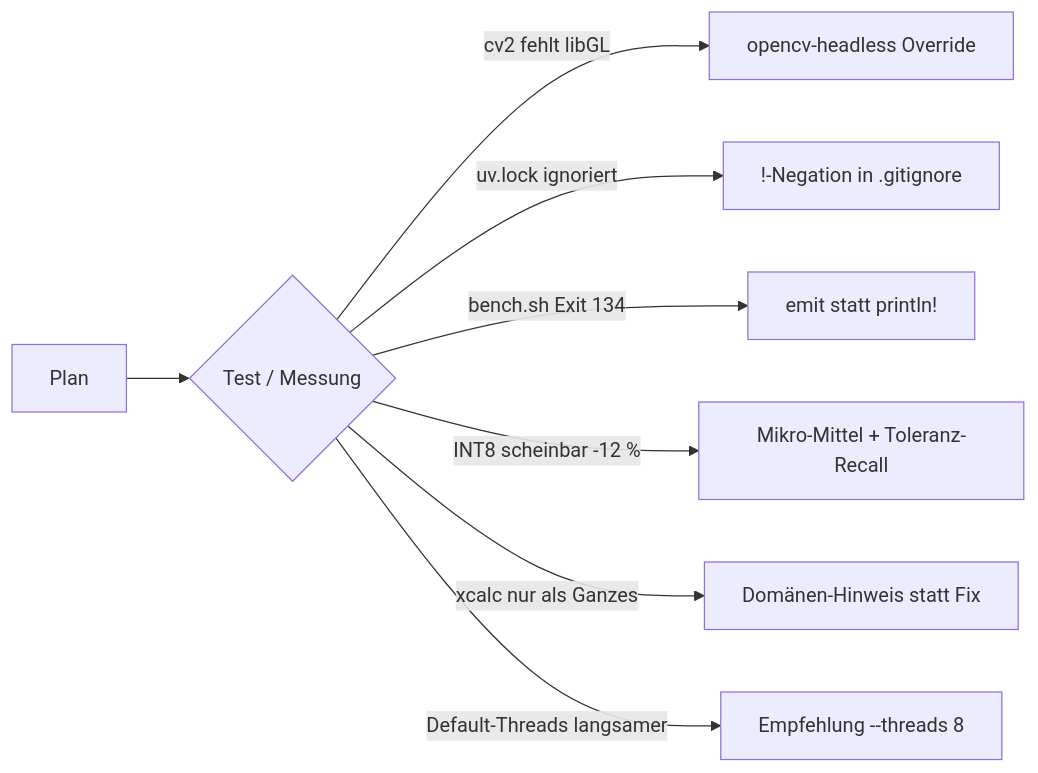
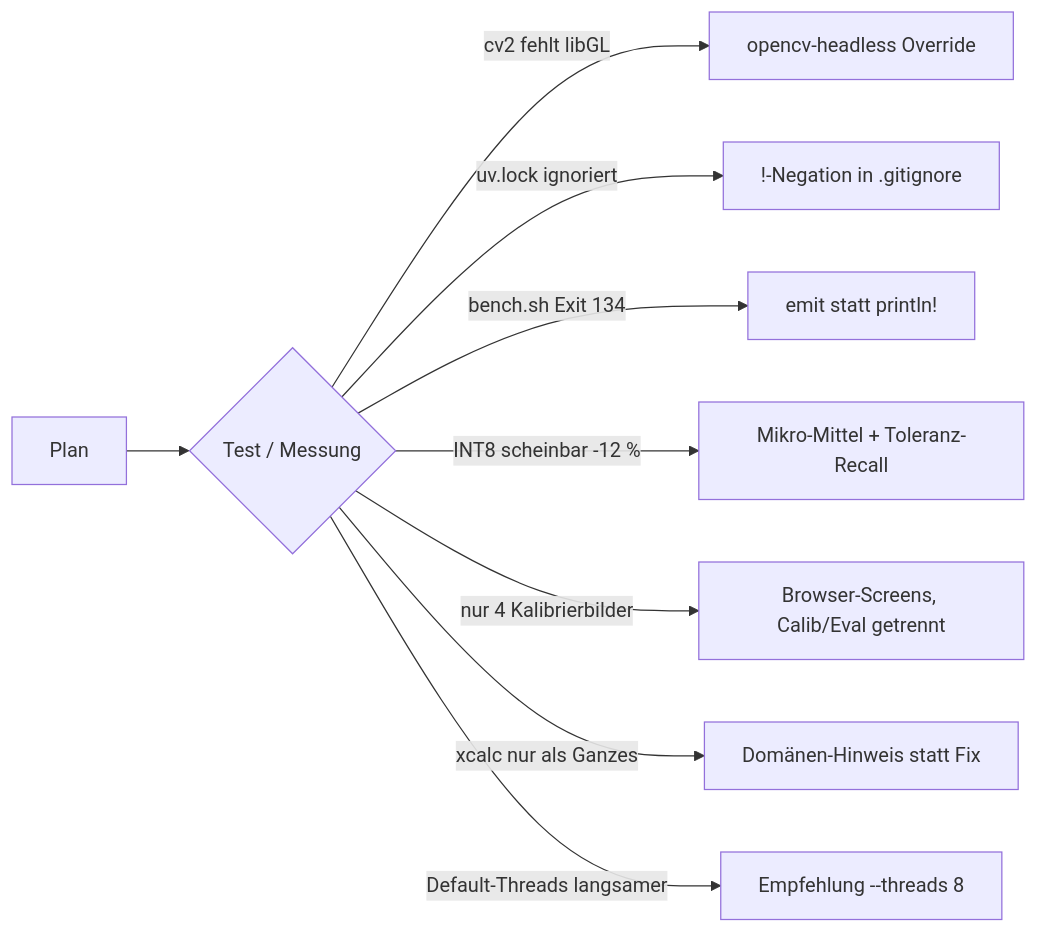
Before and after one commit to plops/cl-rust-generator: the fourth of 5 diagrams in examples/26_onnx/plan/20260929_01_gui_elements/walkthrough.md, drawn with Mermaid. The commit also changed other lines of this file and 9 other files, not shown here.

````diff
--- a/examples/26_onnx/plan/20260929_01_gui_elements/walkthrough.md
+++ b/examples/26_onnx/plan/20260929_01_gui_elements/walkthrough.md
@@ -298,10 +312,11 @@
 ```mermaid
 flowchart LR
   A[Plan] --> B{Test / Messung}
   B -->|cv2 fehlt libGL| C[opencv-headless Override]
   B -->|uv.lock ignoriert| D[!-Negation in .gitignore]
   B -->|bench.sh Exit 134| E[emit statt println!]
   B -->|INT8 scheinbar -12 %| F[Mikro-Mittel + Toleranz-Recall]
+  B -->|nur 4 Kalibrierbilder| K[Browser-Screens, Calib/Eval getrennt]
   B -->|xcalc nur als Ganzes| G[Domänen-Hinweis statt Fix]
   B -->|Default-Threads langsamer| H[Empfehlung --threads 8]
 ```
````
